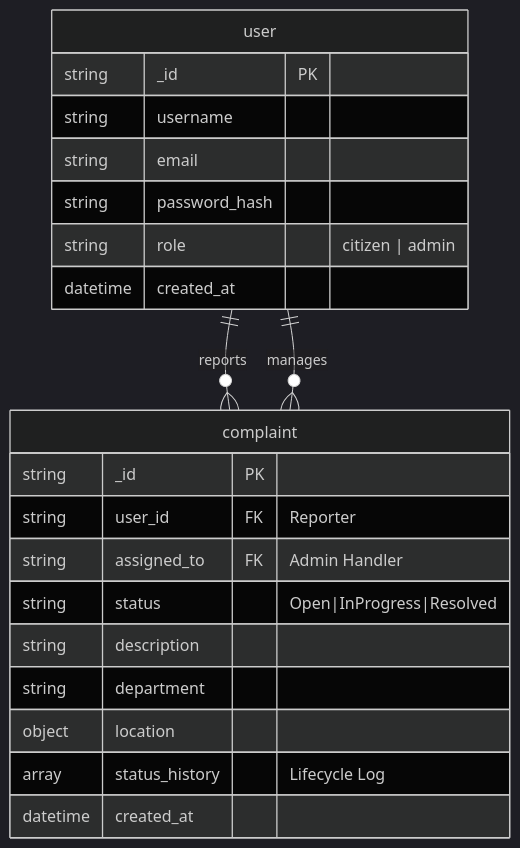
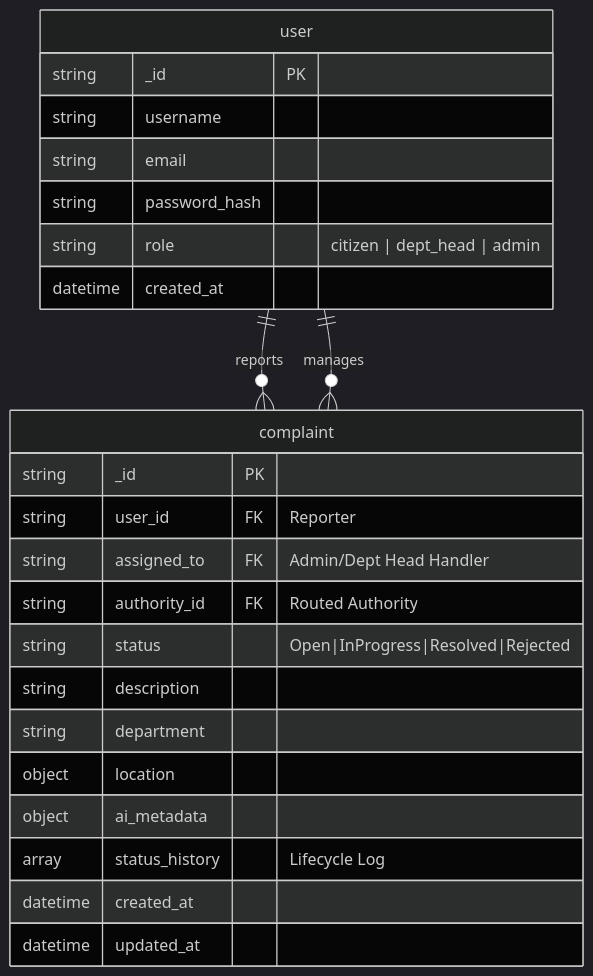
Before and after one commit to ark5234/Jan-Sunwai-AI: the diagram in docs/SCHEMA_DESIGN.md, drawn with Mermaid (dark theme). The commit also changed other lines of this file and 3 other files, not shown here.

````diff
--- a/docs/SCHEMA_DESIGN.md
+++ b/docs/SCHEMA_DESIGN.md
@@ -7,24 +7,27 @@
 ```mermaid
 erDiagram
     user ||--o{ complaint : reports
     user {
         string _id PK
         string username
         string email
         string password_hash
-        string role "citizen | admin"
+        string role "citizen | dept_head | admin"
         datetime created_at
     }
     complaint {
         string _id PK
         string user_id FK "Reporter"
-        string assigned_to FK "Admin Handler"
-        string status "Open|InProgress|Resolved"
+        string assigned_to FK "Admin/Dept Head Handler"
+        string authority_id FK "Routed Authority"
+        string status "Open|InProgress|Resolved|Rejected"
         string description
         string department
         object location
+        object ai_metadata
         array status_history "Lifecycle Log"
         datetime created_at
+        datetime updated_at
     }
     user ||--o{ complaint : manages
 ```
````
